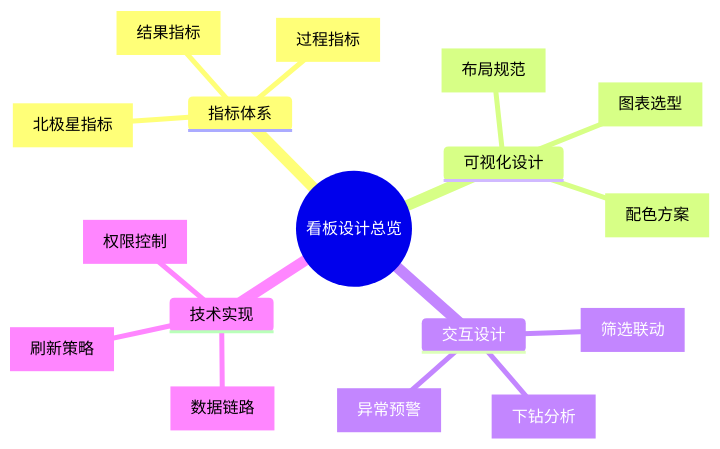
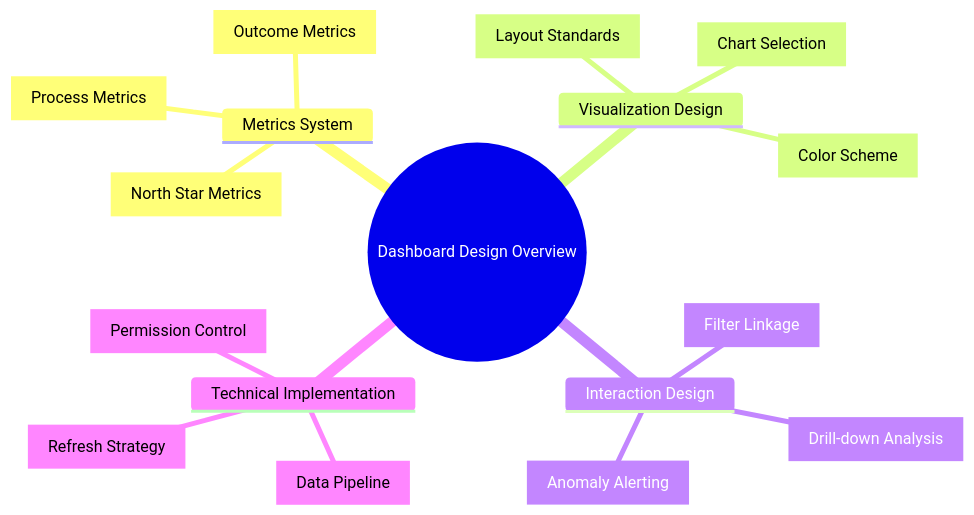
Before and after one commit to Kirky-X/cangjie: the first of 9 diagrams in templates/产品/运营层/【模板】数据看板.md, drawn with Mermaid. The commit also changed other lines of this file and 60 other files, not shown here.

````diff
--- a/templates/产品/运营层/【模板】数据看板.md
+++ b/templates/产品/运营层/【模板】数据看板.md
@@ -65,22 +65,20 @@
 ```mermaid
-
-
 mindmap
-  root((看板设计总览))
-    指标体系
-      [北极星指标]
-      [过程指标]
-      [结果指标]
-    可视化设计
-      [布局规范]
-      [图表选型]
-      [配色方案]
-    交互设计
-      [筛选联动]
-      [下钻分析]
-      [异常预警]
-    技术实现
-      [数据链路]
-      [刷新策略]
-      [权限控制]
+  root((Dashboard Design Overview))
+    Metrics System
+      [North Star Metrics]
+      [Process Metrics]
+      [Outcome Metrics]
+    Visualization Design
+      [Layout Standards]
+      [Chart Selection]
+      [Color Scheme]
+    Interaction Design
+      [Filter Linkage]
+      [Drill-down Analysis]
+      [Anomaly Alerting]
+    Technical Implementation
+      [Data Pipeline]
+      [Refresh Strategy]
+      [Permission Control]
 ```
````
